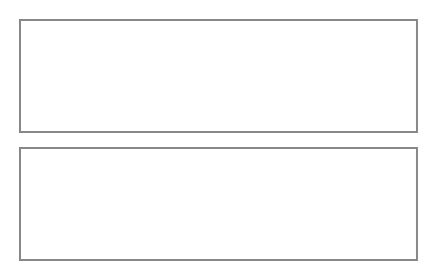
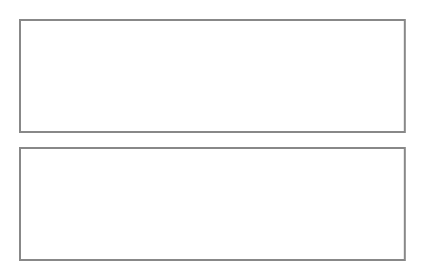
One commit to NovaMoonX/moondreams-dev-apps changed diagram 11 of 23 in src/apps/waypoint/UX.md. Above: the diagram before and after it, drawn with Mermaid. The commit also changed other lines of this file and 16 other files, not shown here.

````diff
--- a/src/apps/waypoint/UX.md
+++ b/src/apps/waypoint/UX.md
@@ -270,9 +270,9 @@
 ```mermaid
 %%{init: {'theme': 'base', 'themeVariables': {'primaryColor': 'transparent', 'primaryBorderColor': '#888888', 'primaryTextColor': '#333333', 'lineColor': '#888888'}}}%%
 block-beta
   columns 1
-  St1["🏨 Shibuya Sky Hotel<br/>Jun 9 – Jun 12 · Navigate"]
-  St2["🏨 Kyoto Ryokan<br/>Jun 12 – Jun 16 · Navigate"]
+  St1["🏨 Shibuya Sky Hotel<br/>Jun 9 - Jun 12 · Navigate"]
+  St2["🏨 Kyoto Ryokan<br/>Jun 12 - Jun 16 · Navigate"]
   style St1 fill:transparent,stroke:#888888,stroke-width:1px;
   style St2 fill:transparent,stroke:#888888,stroke-width:1px;
 ```
````
